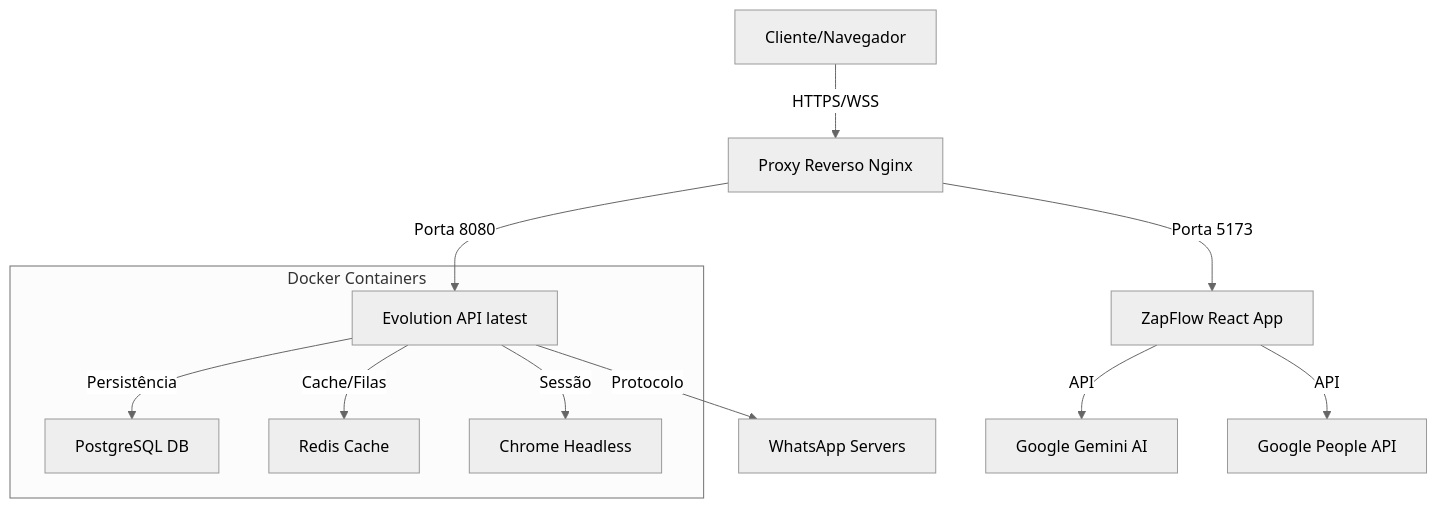
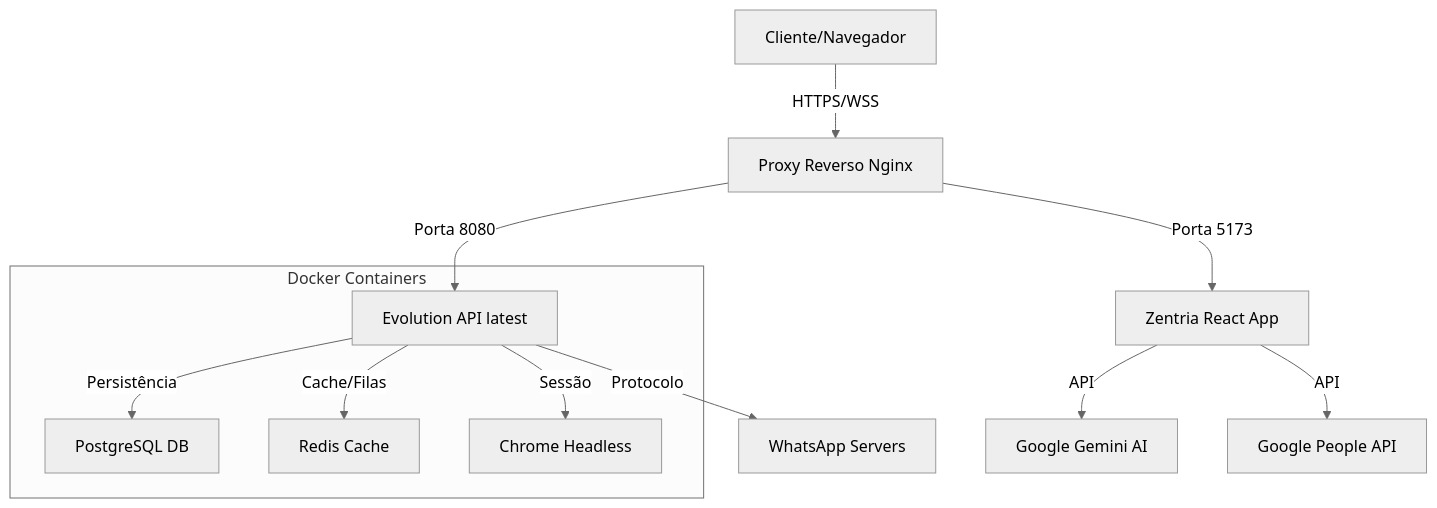
Before and after one commit to andreypiekas/ZapFlow: the diagram in README.md, drawn with Mermaid (neutral theme). The commit also changed other lines of this file and 6 other files, not shown here.

Commit message:
Renomeia aplicação de ZapFlow para Zentria

````diff
--- a/README.md
+++ b/README.md
@@ -40,16 +40,16 @@
 ```mermaid
 graph TD
     User[Cliente/Navegador] -->|HTTPS/WSS| Nginx[Proxy Reverso Nginx]
-    Nginx -->|Porta 5173| Frontend[ZapFlow React App]
+    Nginx -->|Porta 5173| Frontend[Zentria React App]
     Nginx -->|Porta 8080| Backend[Evolution API latest]
     
     subgraph "Docker Containers"
         Backend -->|Persistência| Postgres[PostgreSQL DB]
         Backend -->|Cache/Filas| Redis[Redis Cache]
         Backend -->|Sessão| Chrome[Chrome Headless]
     end
     
     Backend -->|Protocolo| WA[WhatsApp Servers]
     Frontend -->|API| Gemini[Google Gemini AI]
     Frontend -->|API| GPeople[Google People API]
 ```
````
